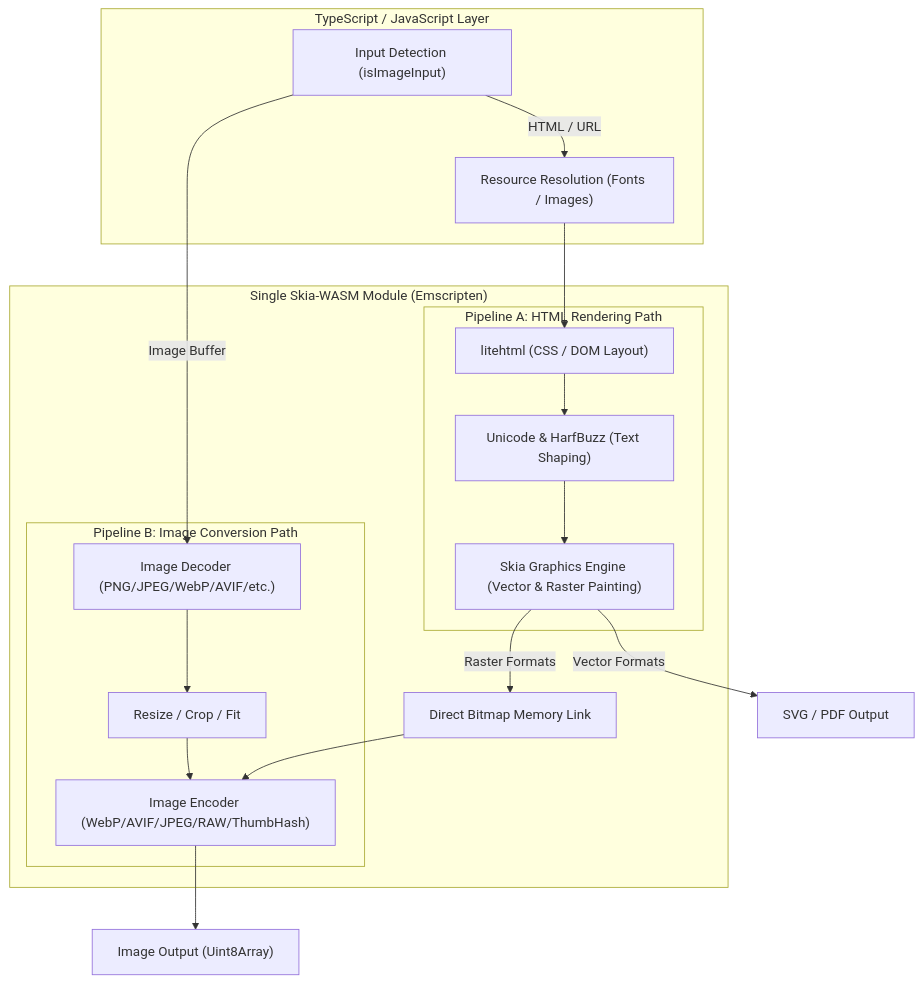
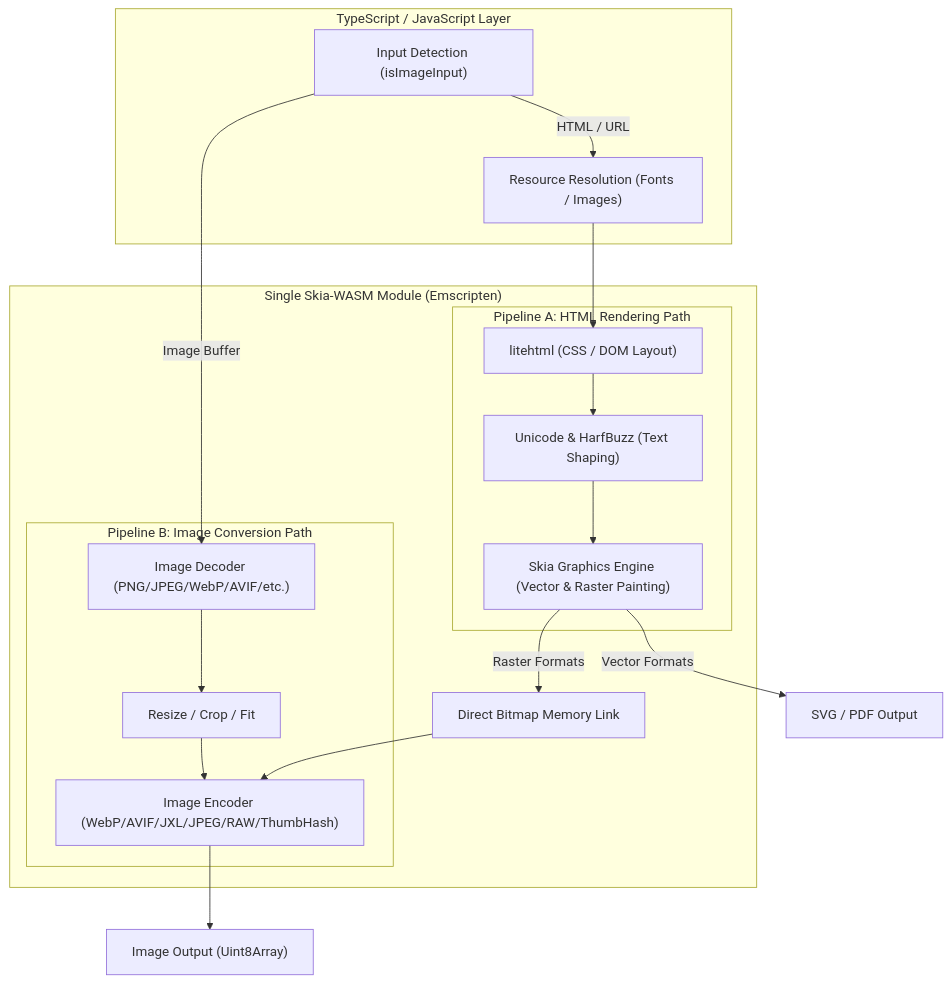
The diagram in packages/docs/i18n/en/docusaurus-plugin-content-docs/current/architecture.md (SoraKumo001/wasm-html-to-image), drawn with Mermaid before and after one commit. The commit also changed other lines of this file and 21 other files, not shown here.

````diff
--- a/packages/docs/i18n/en/docusaurus-plugin-content-docs/current/architecture.md
+++ b/packages/docs/i18n/en/docusaurus-plugin-content-docs/current/architecture.md
@@ -12,36 +12,36 @@
 ```mermaid
 flowchart TB
     subgraph JS["TypeScript / JavaScript Layer"]
         Input["Input Detection (isImageInput)"]
         Res["Resource Resolution (Fonts / Images)"]
     end
 
     subgraph WASM["Single Skia-WASM Module (Emscripten)"]
         subgraph PipelineA["Pipeline A: HTML Rendering Path"]
             LiteHTML["litehtml (CSS / DOM Layout)"]
             Text["Unicode & HarfBuzz (Text Shaping)"]
             Skia["Skia Graphics Engine (Vector & Raster Painting)"]
         end
 
         subgraph PipelineB["Pipeline B: Image Conversion Path"]
             Decoder["Image Decoder (PNG/JPEG/WebP/AVIF/etc.)"]
             Transform["Resize / Crop / Fit"]
-            Encoder["Image Encoder (WebP/AVIF/JPEG/RAW/ThumbHash)"]
+            Encoder["Image Encoder (WebP/AVIF/JXL/JPEG/RAW/ThumbHash)"]
         end
 
         Direct["Direct Bitmap Memory Link"]
     end
 
     Input -->|"HTML / URL"| Res
     Res --> LiteHTML
     LiteHTML --> Text
     Text --> Skia
     Skia -->|"Raster Formats"| Direct
     Direct --> Encoder
     Skia -->|"Vector Formats"| OutVec["SVG / PDF Output"]
 
     Input -->|"Image Buffer"| Decoder
     Decoder --> Transform
     Transform --> Encoder
     Encoder --> OutRaster["Image Output (Uint8Array)"]
 ```
````
